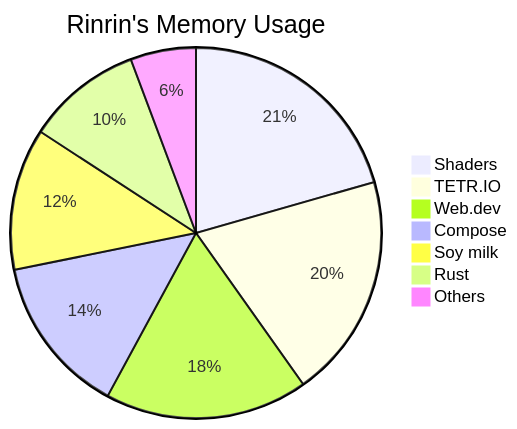
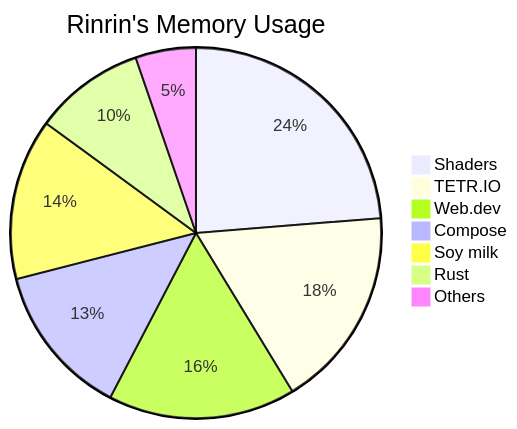
Before and after one commit to Rinrin0413/Rinrin0413: the diagram in README.md, drawn with Mermaid.

Commit message:
🐸 Update: Rinrin's Memory Usage

````diff
--- a/README.md
+++ b/README.md
@@ -74,10 +74,10 @@
 ```mermaid
 pie title Rinrin's Memory Usage
-    "Shaders": 108
-    "TETR.IO": 103
+    "Shaders": 135
+    "TETR.IO": 100
     "Web.dev": 93
-    "Compose": 73
-    "Soy milk": 65
-    "Rust": 53
+    "Compose": 76
+    "Soy milk": 80
+    "Rust": 55
     "Others": 30
 ```
````
